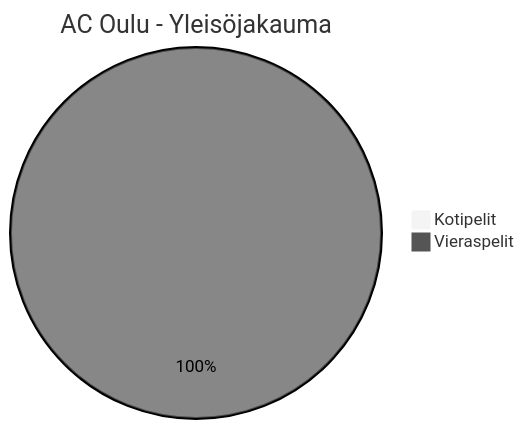
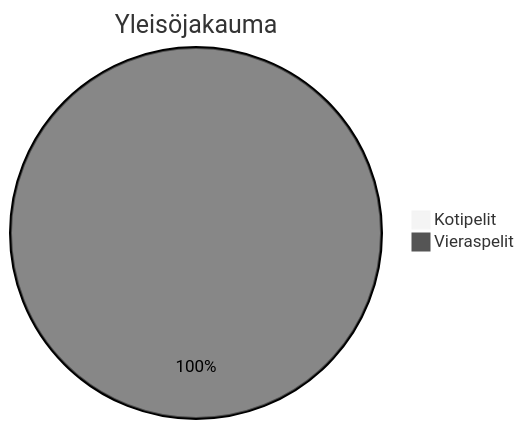
Before and after one commit to Linux88888/Veikkausliiga2025: the fourth of 27 diagrams in Yleisö2025.md, drawn with Mermaid (neutral theme). The commit also changed other lines of this file, not shown here.

````diff
--- a/Yleisö2025.md
+++ b/Yleisö2025.md
@@ -35,5 +33,5 @@
 ```mermaid
-pie title AC Oulu - Yleisöjakauma
+pie title Yleisöjakauma
     "Kotipelit" : 0
     "Vieraspelit" : 9876
 ```
````
